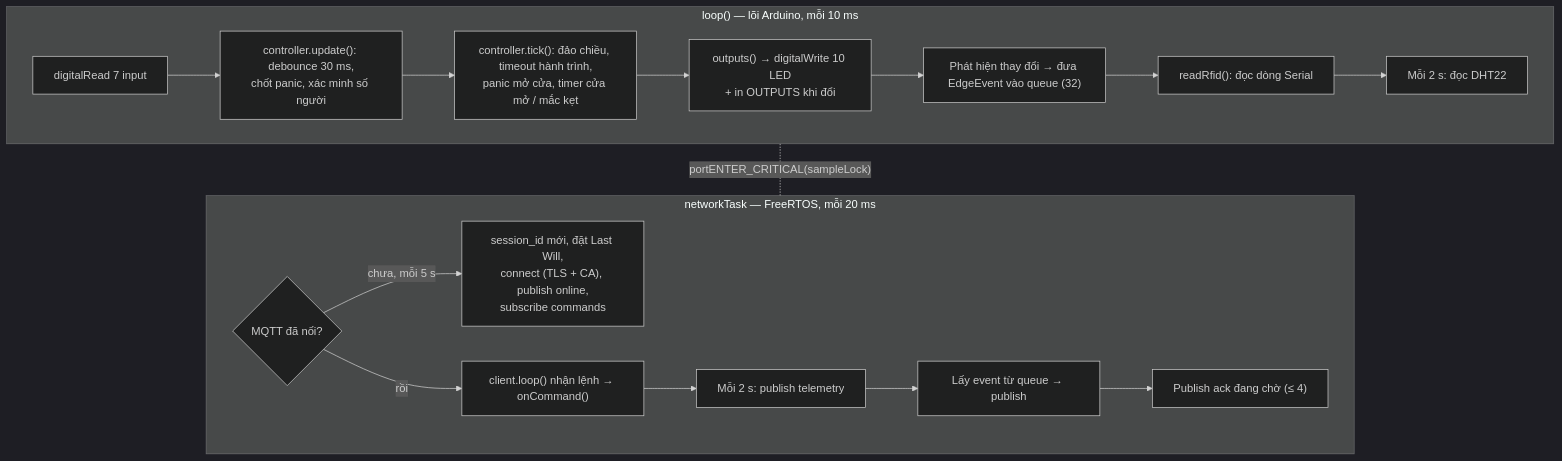
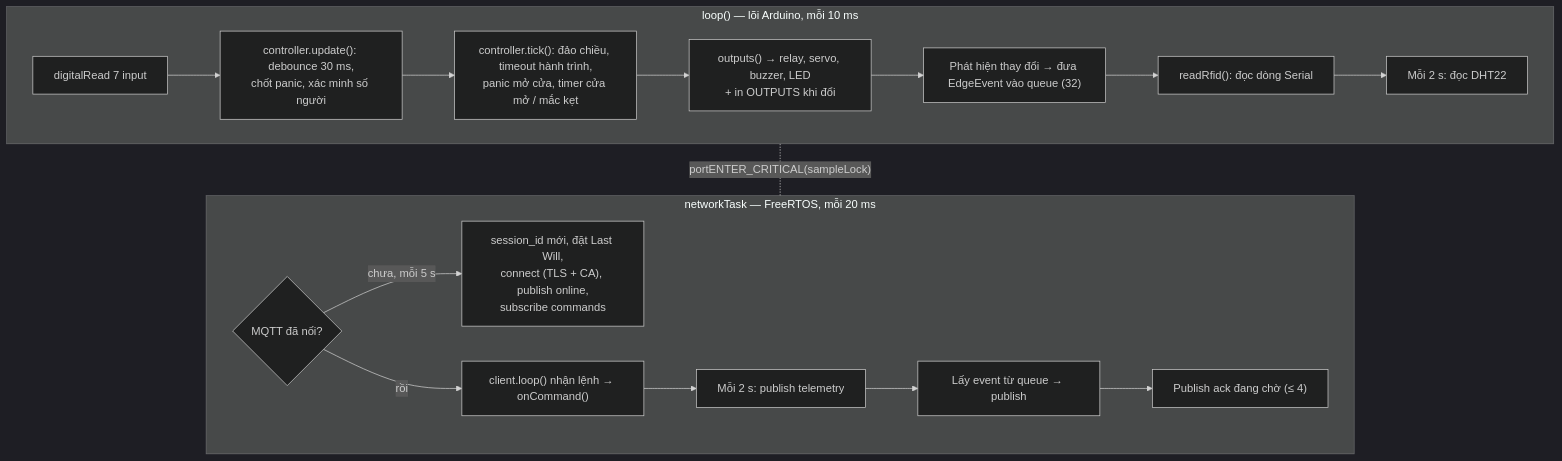
One commit to Huuloc123456/khoguard-iot changed the second of 9 diagrams in ARCHITECTURE.md. Above: the diagram before and after it, drawn with Mermaid (dark theme). The commit also changed other lines of this file and 25 other files, not shown here.

````diff
--- a/ARCHITECTURE.md
+++ b/ARCHITECTURE.md
@@ -440,19 +441,19 @@
 ```mermaid
 flowchart TB
   subgraph LOOP["loop() — lõi Arduino, mỗi 10 ms"]
     R["digitalRead 7 input"] --> U["controller.update(): debounce 30 ms,<br/>chốt panic, xác minh số người"]
     U --> T["controller.tick(): đảo chiều, timeout hành trình,<br/>panic mở cửa, timer cửa mở / mắc kẹt"]
-    T --> O["outputs() → digitalWrite 10 LED<br/>+ in OUTPUTS khi đổi"]
+    T --> O["outputs() → relay, servo, buzzer, LED<br/>+ in OUTPUTS khi đổi"]
     O --> E["Phát hiện thay đổi → đưa EdgeEvent vào queue (32)"]
     E --> S["readRfid(): đọc dòng Serial"]
     S --> D["Mỗi 2 s: đọc DHT22"]
   end
   subgraph NET["networkTask — FreeRTOS, mỗi 20 ms"]
     C{"MQTT đã nối?"} -- "chưa, mỗi 5 s" --> K["session_id mới, đặt Last Will,<br/>connect (TLS + CA), publish online,<br/>subscribe commands"]
     C -- "rồi" --> P["client.loop() nhận lệnh → onCommand()"]
     P --> TL["Mỗi 2 s: publish telemetry"]
     TL --> EV["Lấy event từ queue → publish"]
     EV --> AK["Publish ack đang chờ (≤ 4)"]
   end
   LOOP -. "portENTER_CRITICAL(sampleLock)" .- NET
 ```
````
